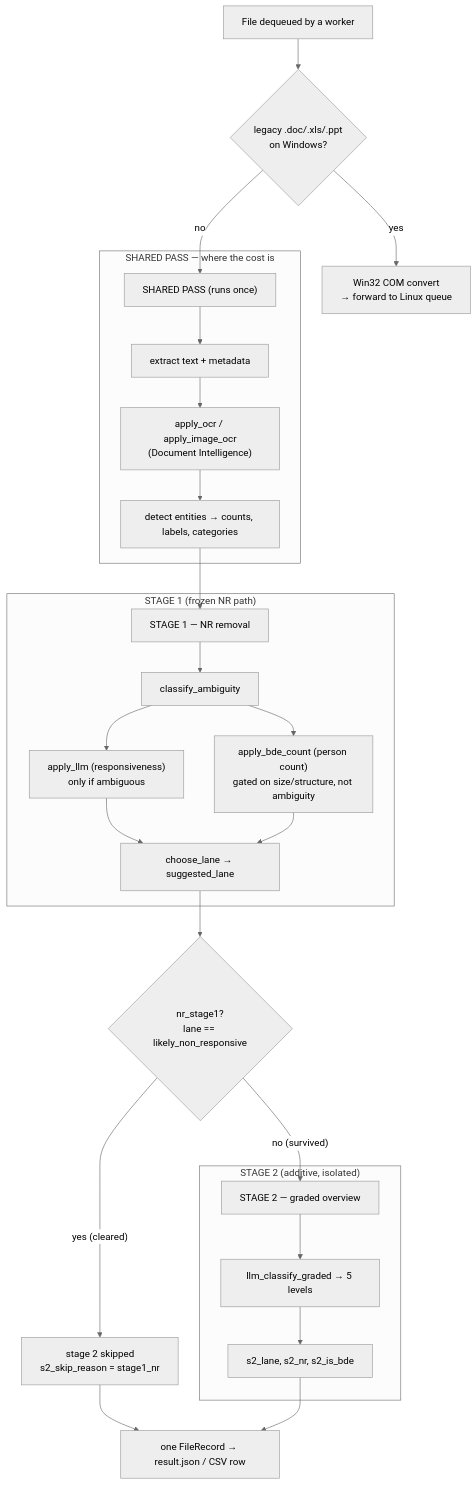
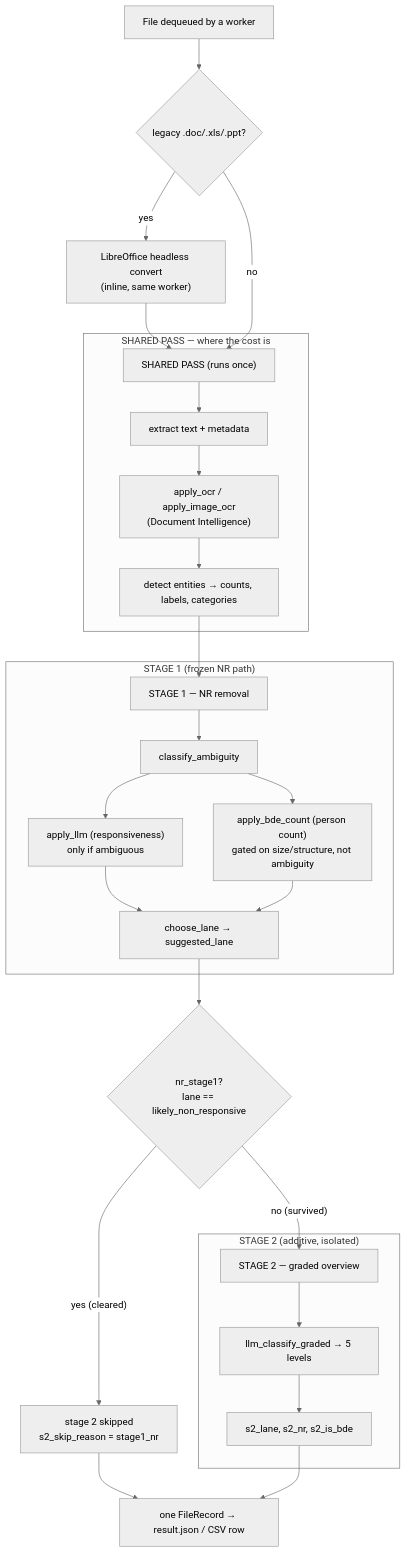
The second of 9 diagrams in ARCHITECTURE.md (anilksharma1/dev-anil-hwe), drawn with Mermaid (neutral theme) before and after one commit. The commit also changed other lines of this file and 21 other files, not shown here.

````diff
--- a/ARCHITECTURE.md
+++ b/ARCHITECTURE.md
@@ -64,32 +64,33 @@
 ```mermaid
 flowchart TD
-    A["File dequeued by a worker"] --> B{"legacy .doc/.xls/.ppt<br/>on Windows?"}
-    B -- yes --> W["Win32 COM convert<br/>→ forward to Linux queue"]
-    B -- no --> C["SHARED PASS (runs once)"]
+    A["File dequeued by a worker"] --> B{"legacy .doc/.xls/.ppt?"}
+    B -- yes --> W["LibreOffice headless convert<br/>(inline, same worker)"]
+    W --> C["SHARED PASS (runs once)"]
+    B -- no --> C
 
     subgraph SP["SHARED PASS — where the cost is"]
         C --> E["extract text + metadata"]
         E --> O["apply_ocr / apply_image_ocr<br/>(Document Intelligence)"]
         O --> D["detect entities → counts, labels, categories"]
     end
 
     D --> S1["STAGE 1 — NR removal"]
     subgraph ST1["STAGE 1 (frozen NR path)"]
         S1 --> AMB["classify_ambiguity"]
         AMB --> LLM1["apply_llm (responsiveness)<br/>only if ambiguous"]
         AMB --> BDE["apply_bde_count (person count)<br/>gated on size/structure, not ambiguity"]
         LLM1 --> LANE1["choose_lane → suggested_lane"]
         BDE --> LANE1
     end
 
     LANE1 --> NR{"nr_stage1?<br/>lane == likely_non_responsive"}
     NR -- "yes (cleared)" --> SKIP["stage 2 skipped<br/>s2_skip_reason = stage1_nr"]
     NR -- "no (survived)" --> S2["STAGE 2 — graded overview"]
     subgraph ST2["STAGE 2 (additive, isolated)"]
         S2 --> G["llm_classify_graded → 5 levels"]
         G --> LANE2["s2_lane, s2_nr, s2_is_bde"]
     end
 
     SKIP --> ROW["one FileRecord → result.json / CSV row"]
     LANE2 --> ROW
 ```
````
